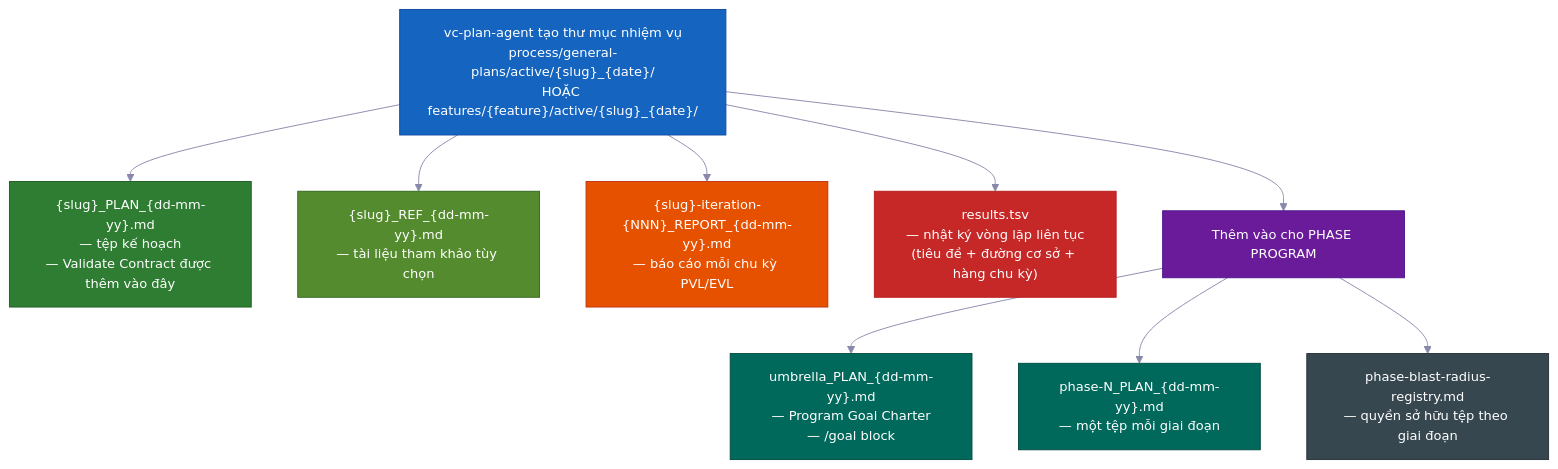
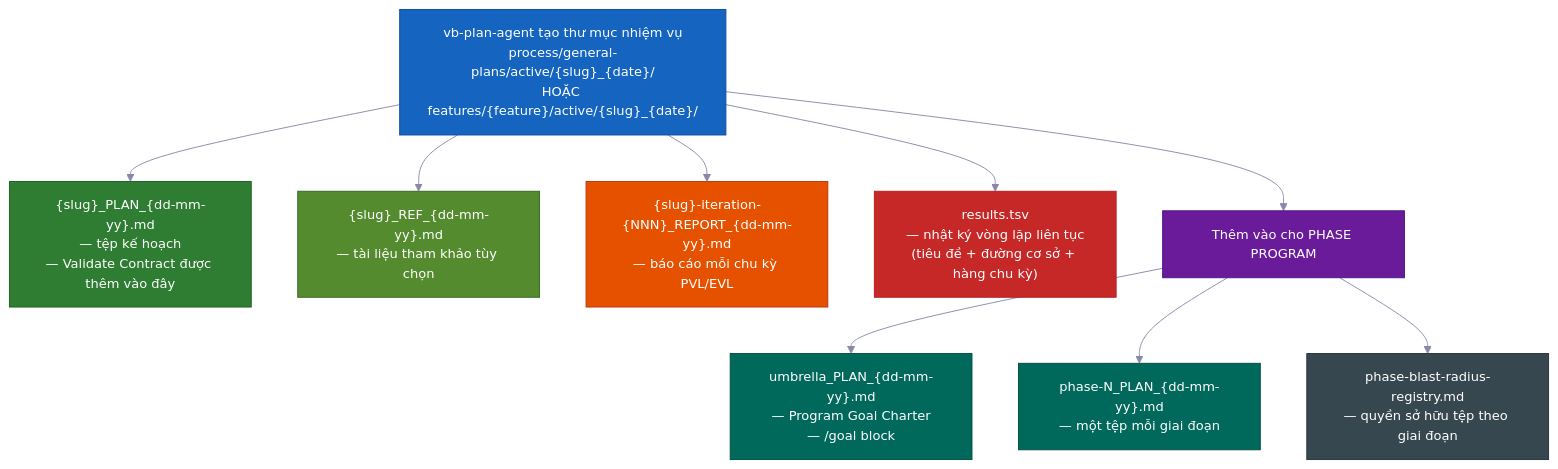
Before and after one commit to Tomwakeupat530amm/vibebelt-kit: diagram 11 of 14 in docs/i18n/README.vi-VN.md, drawn with Mermaid. The commit also changed other lines of this file and 646 other files, not shown here.

````diff
--- a/docs/i18n/README.vi-VN.md
+++ b/docs/i18n/README.vi-VN.md
@@ -1163,32 +1163,32 @@
 ```mermaid
 %%{init: {'theme': 'base', 'themeVariables': {'fontSize': '14px', 'lineColor': '#8888AA'}} }%%
 flowchart TD
-    PC["vc-plan-agent tạo thư mục nhiệm vụ\nprocess/general-plans/active/{slug}_{date}/\nHOẶC features/{feature}/active/{slug}_{date}/"]
+    PC["vb-plan-agent tạo thư mục nhiệm vụ\nprocess/general-plans/active/{slug}_{date}/\nHOẶC features/{feature}/active/{slug}_{date}/"]
     PLAN["{slug}_PLAN_{dd-mm-yy}.md\n— tệp kế hoạch\n— Validate Contract được thêm vào đây"]
     REF["{slug}_REF_{dd-mm-yy}.md\n— tài liệu tham khảo tùy chọn"]
     RPT["{slug}-iteration-{NNN}_REPORT_{dd-mm-yy}.md\n— báo cáo mỗi chu kỳ PVL/EVL"]
     TSV["results.tsv\n— nhật ký vòng lặp liên tục\n(tiêu đề + đường cơ sở + hàng chu kỳ)"]
     PP["Thêm vào cho PHASE PROGRAM"]
     UMB["umbrella_PLAN_{dd-mm-yy}.md\n— Program Goal Charter\n— /goal block"]
     PHN["phase-N_PLAN_{dd-mm-yy}.md\n— một tệp mỗi giai đoạn"]
     REG["phase-blast-radius-registry.md\n— quyền sở hữu tệp theo giai đoạn"]
 
     PC --> PLAN
     PC --> REF
     PC --> RPT
     PC --> TSV
     PC --> PP
     PP --> UMB
     PP --> PHN
     PP --> REG
 
     style PC fill:#1565C0,stroke:#0D47A1,color:#FFFFFF
     style PLAN fill:#2E7D32,stroke:#1B5E20,color:#FFFFFF
     style REF fill:#558B2F,stroke:#33691E,color:#FFFFFF
     style RPT fill:#E65100,stroke:#BF360C,color:#FFFFFF
     style TSV fill:#C62828,stroke:#B71C1C,color:#FFFFFF
     style PP fill:#6A1B9A,stroke:#4A148C,color:#FFFFFF
     style UMB fill:#00695C,stroke:#004D40,color:#FFFFFF
     style PHN fill:#00695C,stroke:#004D40,color:#FFFFFF
     style REG fill:#37474F,stroke:#263238,color:#FFFFFF
 ```
````
